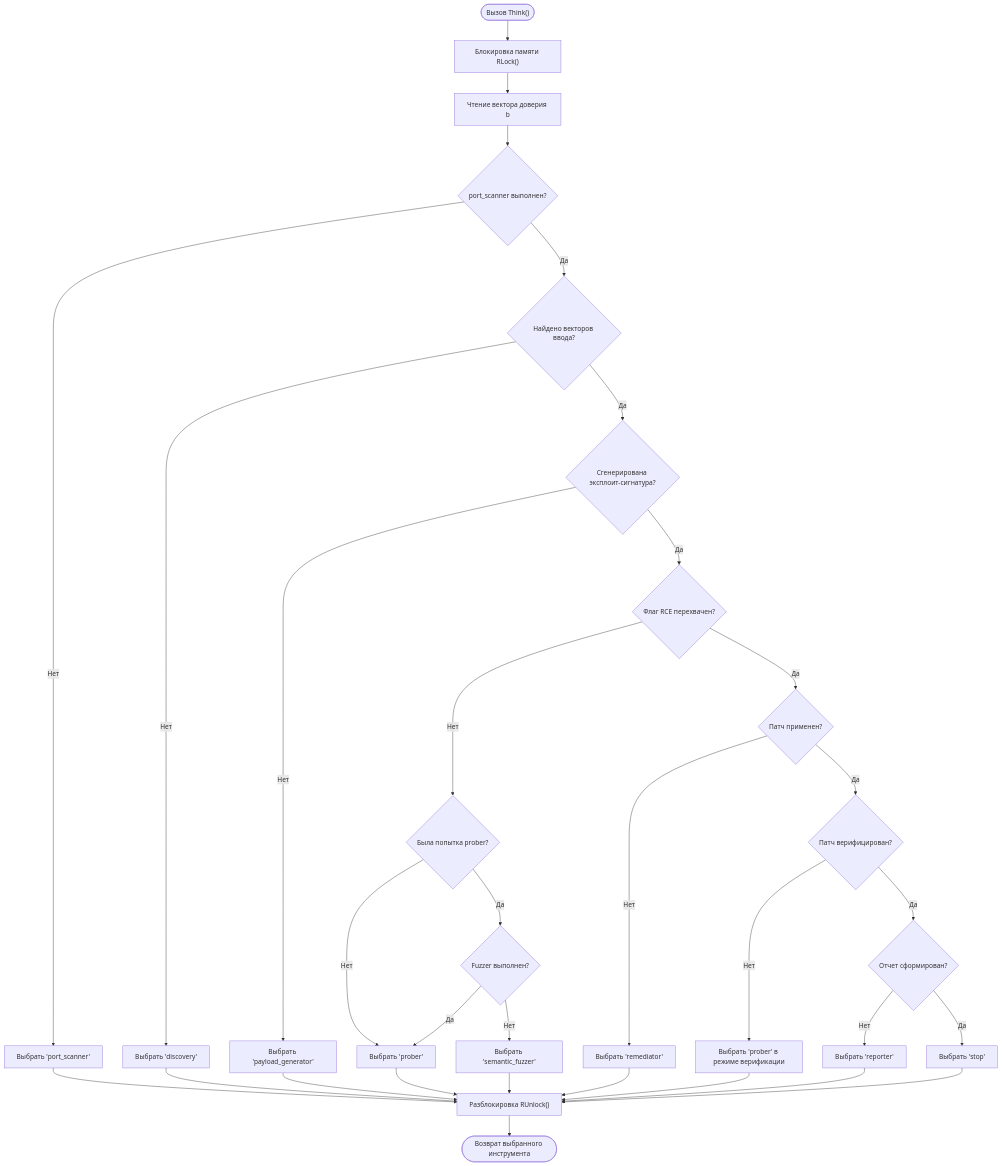
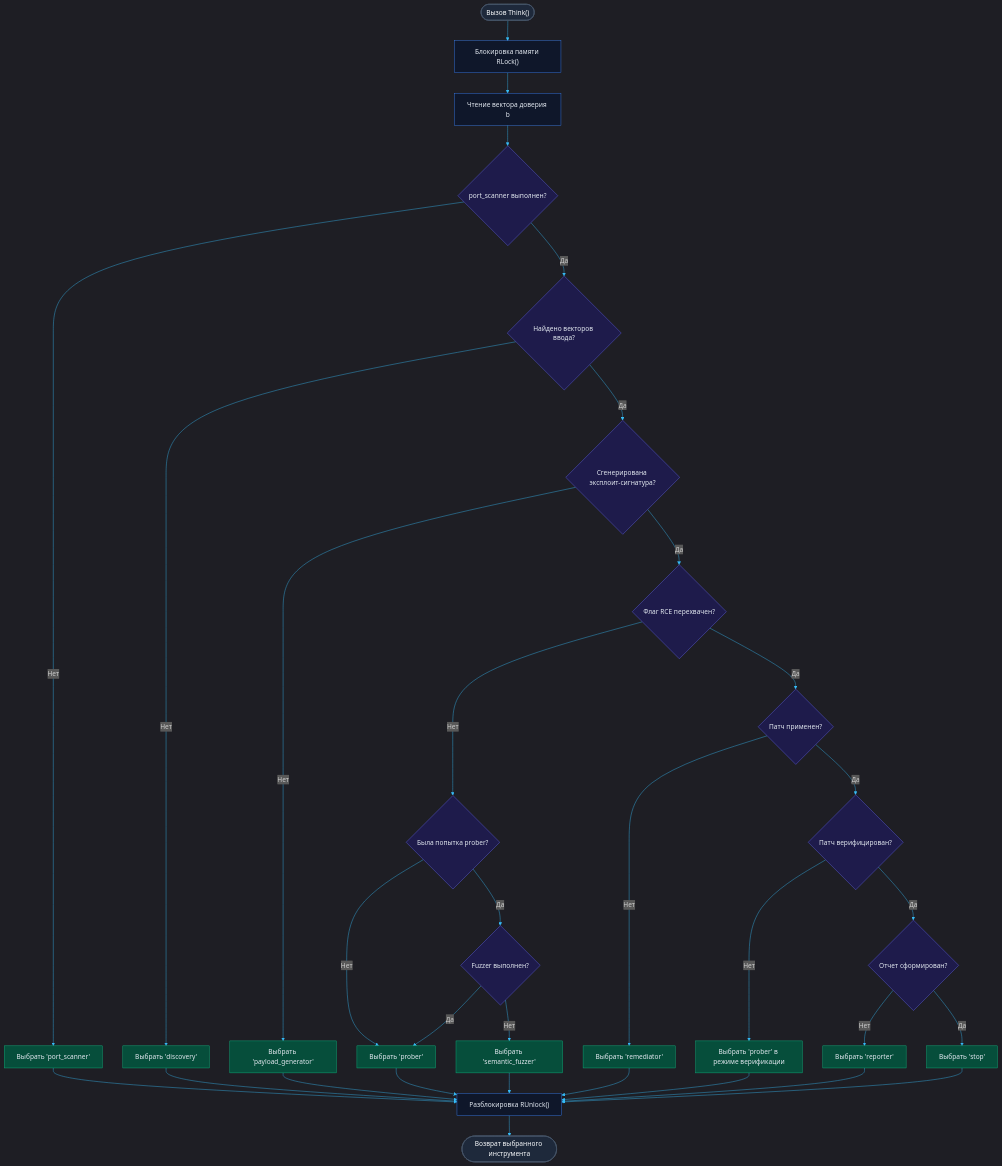
Before and after one commit to C00LN3T/Log4ShellAuditor: the third of 3 diagrams in README.md, drawn with Mermaid. The commit also changed other lines of this file and 2 other files, not shown here.

````diff
--- a/README.md
+++ b/README.md
@@ -140,54 +189,70 @@
 ```mermaid
+%%{init: {
+  'theme': 'dark',
+  'themeVariables': {
+    'background': '#0f172a',
+    'primaryColor': '#1e293b',
+    'primaryTextColor': '#cbd5e1',
+    'primaryBorderColor': '#475569',
+    'lineColor': '#38bdf8',
+    'secondaryColor': '#1e293b'
+  }
+}}%%
 flowchart TD
-    Start(["Вызов Think()"]) --> Lock["Блокировка памяти RLock()"]
-    Lock --> ReadState[Чтение вектора доверия b]
+    classDef startEnd fill:#1e293b,stroke:#475569,stroke-width:2px,color:#f8fafc;
+    classDef process fill:#0f172a,stroke:#3b82f6,stroke-width:1px,color:#e2e8f0;
+    classDef decision fill:#1e1b4b,stroke:#6366f1,stroke-width:1px,color:#e2e8f0;
+    classDef selection fill:#064e3b,stroke:#10b981,stroke-width:1px,color:#e2e8f0;
+
+    Start(["Вызов Think()"]):::startEnd --> Lock["Блокировка памяти RLock()"]:::process
+    Lock --> ReadState[Чтение вектора доверия b]:::process
     
     %% Step 1
-    ReadState --> PortScan{port_scanner выполнен?}
-    PortScan -- Нет --> RetPortScan[Выбрать 'port_scanner']
+    ReadState --> PortScan{port_scanner выполнен?}:::decision
+    PortScan -- Нет --> RetPortScan[Выбрать 'port_scanner']:::selection
     
     %% Step 2
-    PortScan -- Да --> Discovery{Найдено векторов ввода?}
-    Discovery -- Нет --> RetDiscovery[Выбрать 'discovery']
+    PortScan -- Да --> Discovery{Найдено векторов ввода?}:::decision
+    Discovery -- Нет --> RetDiscovery[Выбрать 'discovery']:::selection
     
     %% Step 3
-    Discovery -- Да --> Payload{Сгенерирована эксплоит-сигнатура?}
-    Payload -- Нет --> RetPayload[Выбрать 'payload_generator']
+    Discovery -- Да --> Payload{Сгенерирована эксплоит-сигнатура?}:::decision
+    Payload -- Нет --> RetPayload[Выбрать 'payload_generator']:::selection
     
     %% Step 4 (Exploit)
-    Payload -- Да --> Loot{Флаг RCE перехвачен?}
-    Loot -- Нет --> ProberStats{Была попытка prober?}
+    Payload -- Да --> Loot{Флаг RCE перехвачен?}:::decision
+    Loot -- Нет --> ProberStats{Была попытка prober?}:::decision
     
-    ProberStats -- Нет --> RetProber[Выбрать 'prober']
-    ProberStats -- Да --> FuzzerStats{Fuzzer выполнен?}
-    FuzzerStats -- Нет --> RetFuzzer[Выбрать 'semantic_fuzzer']
-    FuzzerStats -- Да --> RetProber
+    ProberStats -- Нет --> RetProber[Выбрать 'prober']:::selection
+    ProberStats -- Да --> FuzzerStats{Fuzzer выполнен?}:::decision
+    FuzzerStats -- Нет --> RetFuzzer[Выбрать 'semantic_fuzzer']:::selection
+    FuzzerStats -- Да --> RetProber:::selection
     
     %% Step 5
-    Loot -- Да --> Patch{Патч применен?}
-    Patch -- Нет --> RetRemediator[Выбрать 'remediator']
+    Loot -- Да --> Patch{Патч применен?}:::decision
+    Patch -- Нет --> RetRemediator[Выбрать 'remediator']:::selection
     
     %% Step 6
-    Patch -- Да --> Verify{Патч верифицирован?}
-    Verify -- Нет --> RetProberVerify[Выбрать 'prober' в режиме верификации]
+    Patch -- Да --> Verify{Патч верифицирован?}:::decision
+    Verify -- Нет --> RetProberVerify[Выбрать 'prober' в режиме верификации]:::selection
     
     %% Step 7
-    Verify -- Да --> Report{Отчет сформирован?}
-    Report -- Нет --> RetReporter[Выбрать 'reporter']
+    Verify -- Да --> Report{Отчет сформирован?}:::decision
+    Report -- Нет --> RetReporter[Выбрать 'reporter']:::selection
     
     %% Step 8
-    Report -- Да --> RetStop[Выбрать 'stop']
+    Report -- Да --> RetStop[Выбрать 'stop']:::selection
     
     %% Return Statements
-    RetPortScan --> Unlock["Разблокировка RUnlock()"]
+    RetPortScan --> Unlock["Разблокировка RUnlock()"]:::process
     RetDiscovery --> Unlock
     RetPayload --> Unlock
     RetProber --> Unlock
     RetFuzzer --> Unlock
     RetRemediator --> Unlock
     RetProberVerify --> Unlock
     RetReporter --> Unlock
     RetStop --> Unlock
     
-    Unlock --> End([Возврат выбранного инструмента])
+    Unlock --> End([Возврат выбранного инструмента]):::startEnd
 ```
````
